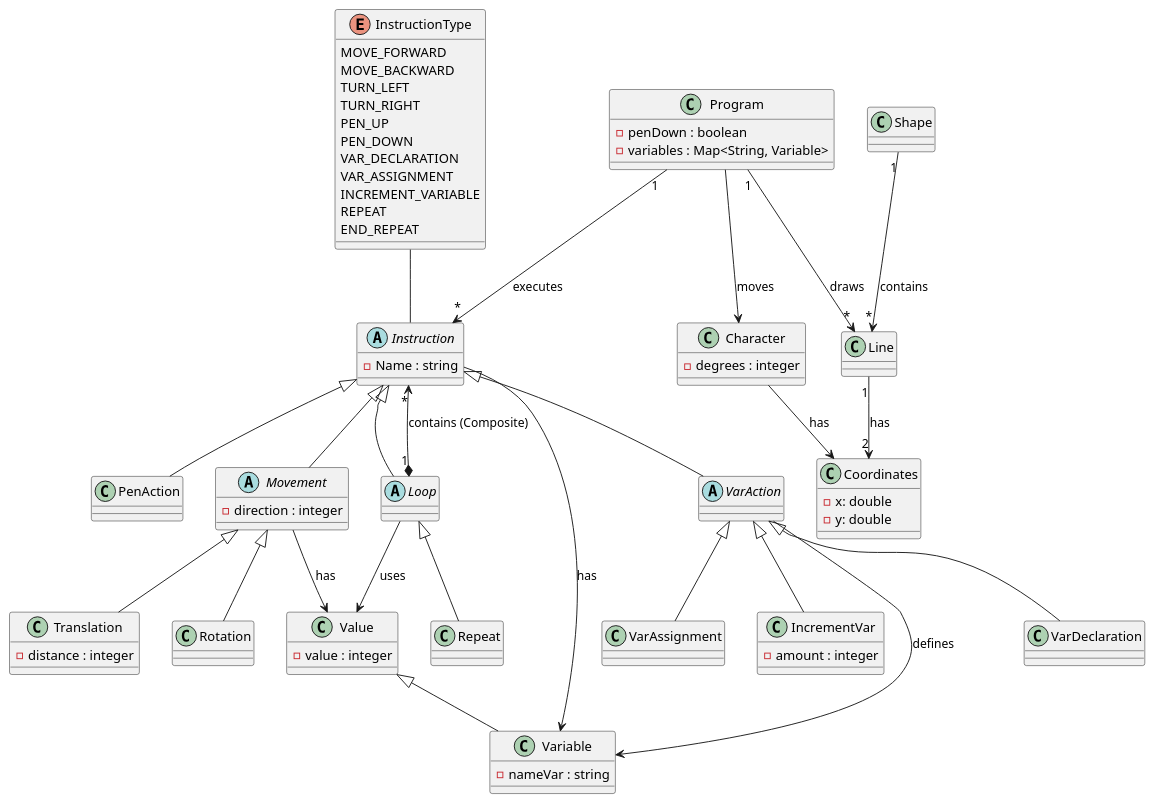
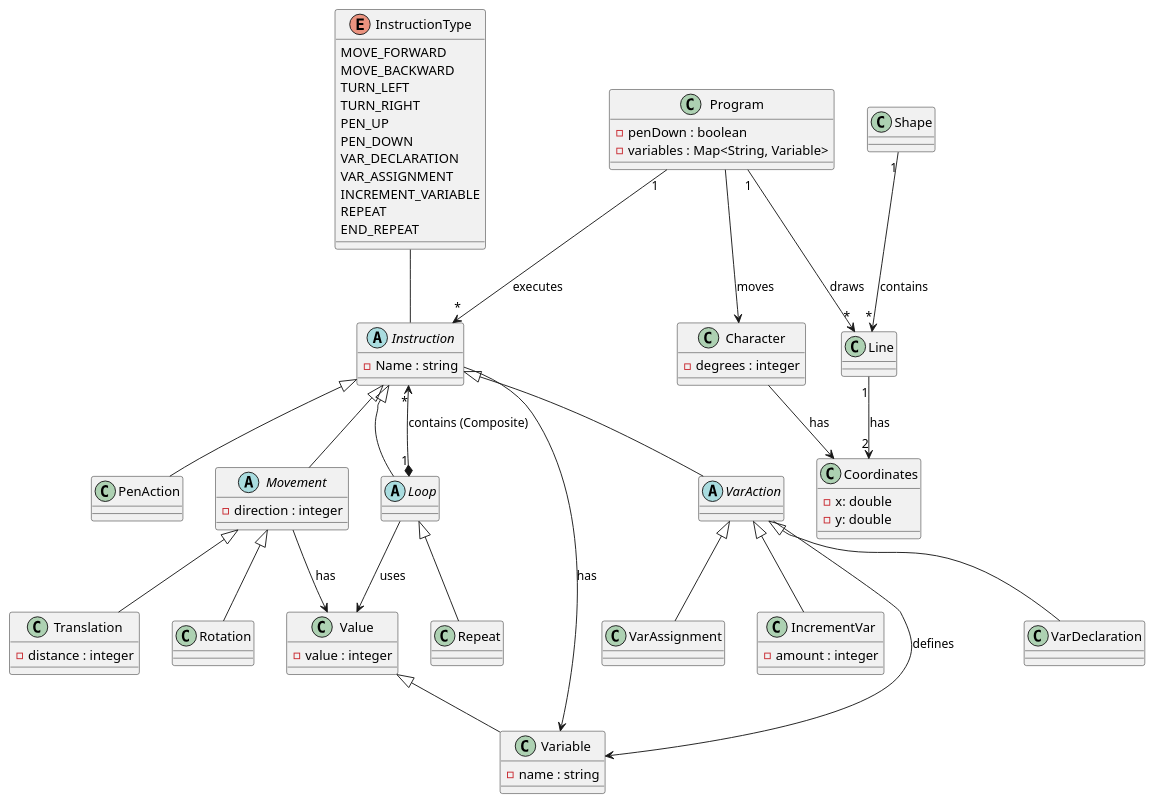
Before and after one commit to eab98/Scratch: the diagram in UML/Domain Diagram.puml, drawn with PlantUML. The commit also changed 2 other files, not shown here.

```diff
--- a/UML/Domain Diagram.puml
+++ b/UML/Domain Diagram.puml
@@ -1,105 +1,105 @@
 @startuml
 
 class Program {
         - penDown : boolean
         - variables : Map<String, Variable>
 }
 
 class Character {
         - degrees : integer
 
     }
 class Coordinates {
     - x: double
     - y: double
 }
 
 abstract class Instruction {
     - Name : string
 }
 
 
 abstract class Movement extends Instruction {
      - direction : integer
      }
 
 
 class Rotation extends Movement
 
 class Translation extends Movement {
     - distance : integer
     }
 
 class Line {
 }
 
 class Shape {
 
 }
 
 class PenAction extends Instruction {
 
 }
 
 enum InstructionType {
     MOVE_FORWARD
     MOVE_BACKWARD
     TURN_LEFT
     TURN_RIGHT
     PEN_UP
     PEN_DOWN
     VAR_DECLARATION
     VAR_ASSIGNMENT
     INCREMENT_VARIABLE
     REPEAT
     END_REPEAT
 }
 
 class Variable extends Value {
-    - nameVar : string
+    - name : string
 }
 
 abstract class VarAction extends Instruction {
 
 }
 
 class VarDeclaration extends VarAction {
 
 }
 
 class VarAssignment extends VarAction {
 
 }
 
 class IncrementVar extends VarAction {
     - amount : integer
 }
 
 abstract class Loop extends Instruction {
 
 }
 
 class Repeat extends Loop {
 
 }
 
 class Value {
     - value : integer
 }
 
 ' --- RELATIONS --- '
 
 InstructionType -- Instruction
 Character -->  Coordinates : has
 Program --> Character :  moves
 Program "1" --> "*" Instruction : executes
 Shape "1" --> "*" Line : contains
 Program "1" --> "*" Line : draws
 Line "1" --> "2" Coordinates : has
 Instruction --> Variable : has
 VarAction --> Variable : defines
 Loop --> Value : uses
 Loop "1" *--> "*" Instruction : contains (Composite)
 Movement --> Value : has
 
 @end
```
